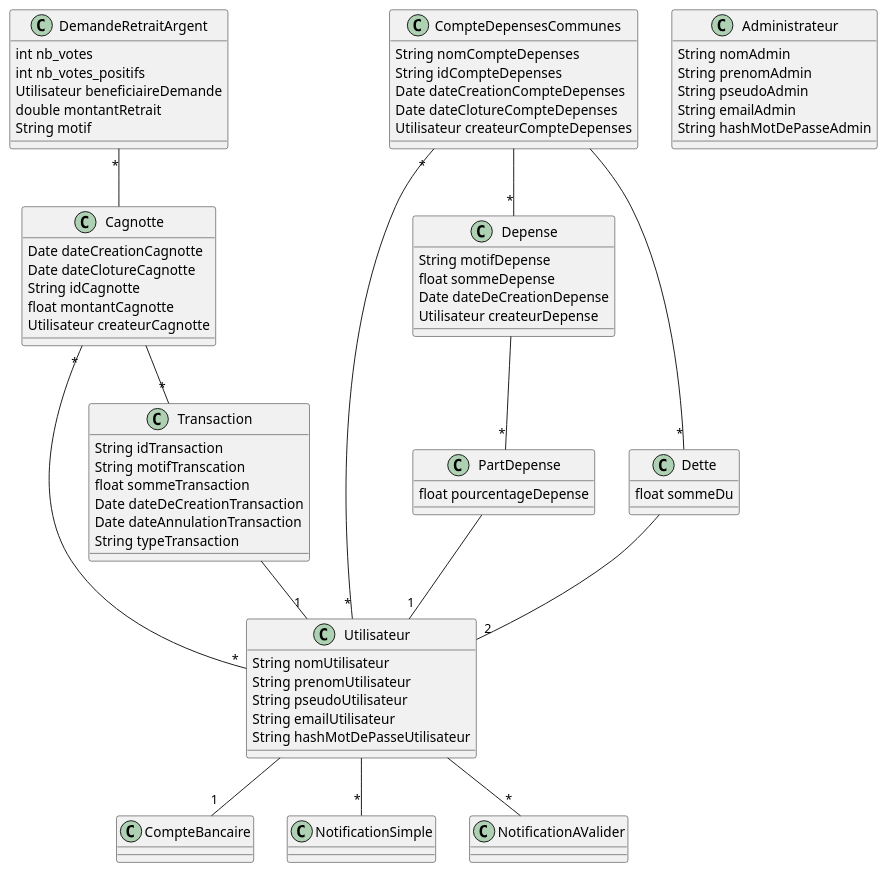
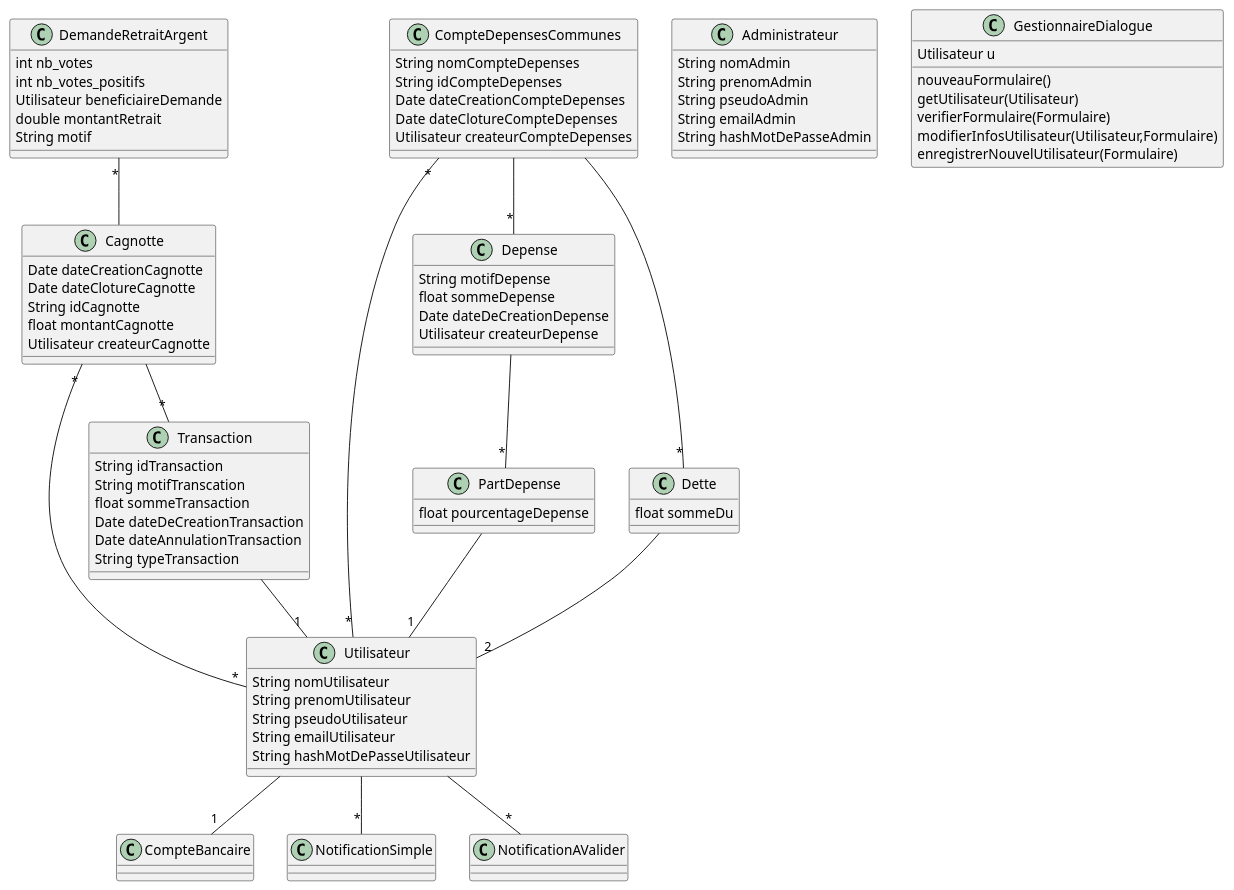
Before and after one commit to lmtb06/sharecount: the diagram in diagrammes/conception/classes.puml, drawn with PlantUML.

Commit message:
Ajouté la classe GestionnaireDialogue pour la conception

```diff
--- a/diagrammes/conception/classes.puml
+++ b/diagrammes/conception/classes.puml
@@ -1,94 +1,103 @@
 @startuml Classes
 
 	class Utilisateur {
 		String nomUtilisateur
 		String prenomUtilisateur
 		String pseudoUtilisateur
 		String emailUtilisateur
 		String hashMotDePasseUtilisateur
 	}
 	Utilisateur --"1" CompteBancaire
 	class Administrateur {
 		String nomAdmin
 		String prenomAdmin
 		String pseudoAdmin
 		String emailAdmin
 		String hashMotDePasseAdmin
+	}
+
+	class GestionnaireDialogue {
+		Utilisateur u
+		nouveauFormulaire()
+		getUtilisateur(Utilisateur)
+		verifierFormulaire(Formulaire)
+		modifierInfosUtilisateur(Utilisateur,Formulaire)
+		enregistrerNouvelUtilisateur(Formulaire)
 	}
 
 	class Cagnotte {
 		Date dateCreationCagnotte
 		Date dateClotureCagnotte
 		String idCagnotte
 		float montantCagnotte
 		Utilisateur createurCagnotte
 	}
 
 	Cagnotte "*"--"*" Utilisateur
 	Cagnotte --"*" Transaction
 
 	class CompteDepensesCommunes {
 		String nomCompteDepenses
 		String idCompteDepenses
 		Date dateCreationCompteDepenses
 		Date dateClotureCompteDepenses
 		Utilisateur createurCompteDepenses
 	}
 	CompteDepensesCommunes "*"--"*" Utilisateur
 	CompteDepensesCommunes --"*" Depense
 	CompteDepensesCommunes --"*" Dette
 
 	class Depense {
 		String motifDepense
 		float sommeDepense
 		Date dateDeCreationDepense
 		Utilisateur createurDepense
 	}
 	Depense --"*" PartDepense
 
 	class PartDepense {
 		float pourcentageDepense
 	}
 	PartDepense --"1" Utilisateur
 
 	class Dette {
 		float sommeDu
 	}
 	Dette --"2" Utilisateur
 
 	class Transaction {
 		String idTransaction
 		String motifTranscation
 		float sommeTransaction
 		Date dateDeCreationTransaction
 		Date dateAnnulationTransaction
 		String typeTransaction
 	}
 
 	Transaction --"1" Utilisateur
 
 	class CompteBancaire {
 
 	}
 
 	class NotificationSimple {
 
 	}
 
 	class NotificationAValider {
 
 	}
 
 	Utilisateur --"*" NotificationAValider
 	Utilisateur --"*" NotificationSimple
 
 	class DemandeRetraitArgent {
 		int nb_votes
 		int nb_votes_positifs
 		Utilisateur beneficiaireDemande
 		double montantRetrait
 		String motif
 	}
 	DemandeRetraitArgent "*"-- Cagnotte
 
 @enduml
```
